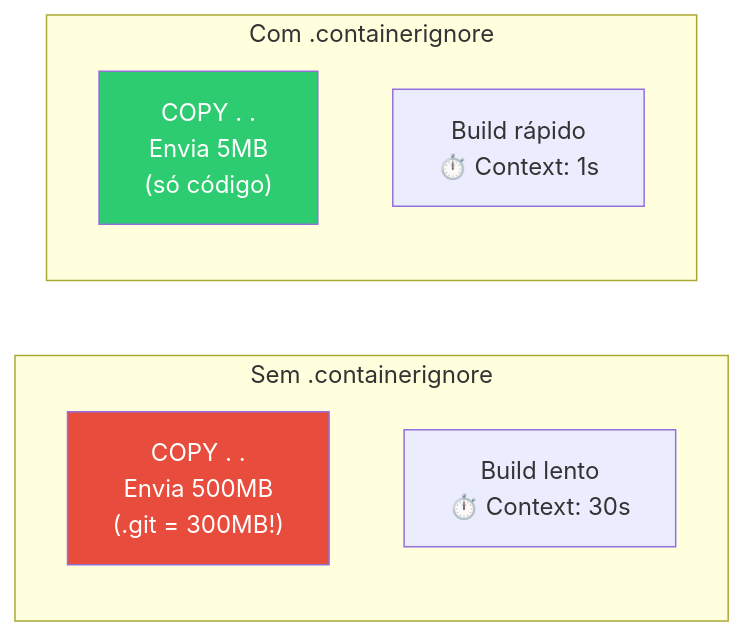
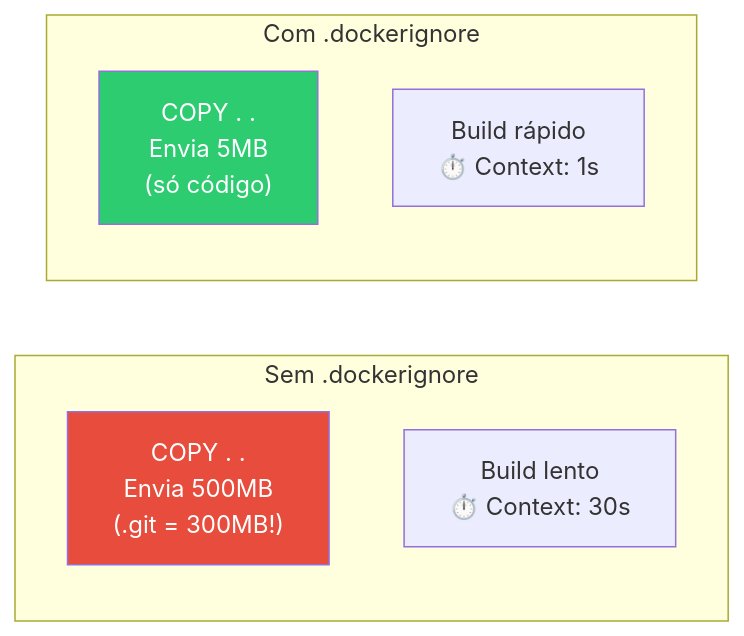
One commit to deusemarjunior/trein-java-intermed changed the third of 3 diagrams in dia-07/slide-03.md. Above: the diagram before and after it, drawn with Mermaid. The commit also changed other lines of this file and 12 other files, not shown here.

````diff
--- a/dia-07/slide-03.md
+++ b/dia-07/slide-03.md
@@ -136,15 +138,15 @@
 ```mermaid
 graph LR
-    subgraph "Sem .containerignore"
+    subgraph "Sem .dockerignore"
         S1["COPY . .<br/>Envia 500MB<br/>(.git = 300MB!)"]
         S2["Build lento<br/>⏱️ Context: 30s"]
     end
 
-    subgraph "Com .containerignore"
+    subgraph "Com .dockerignore"
         C1["COPY . .<br/>Envia 5MB<br/>(só código)"]
         C2["Build rápido<br/>⏱️ Context: 1s"]
     end
 
     style S1 fill:#e74c3c,color:#fff
     style C1 fill:#2ecc71,color:#fff
 ```
````
